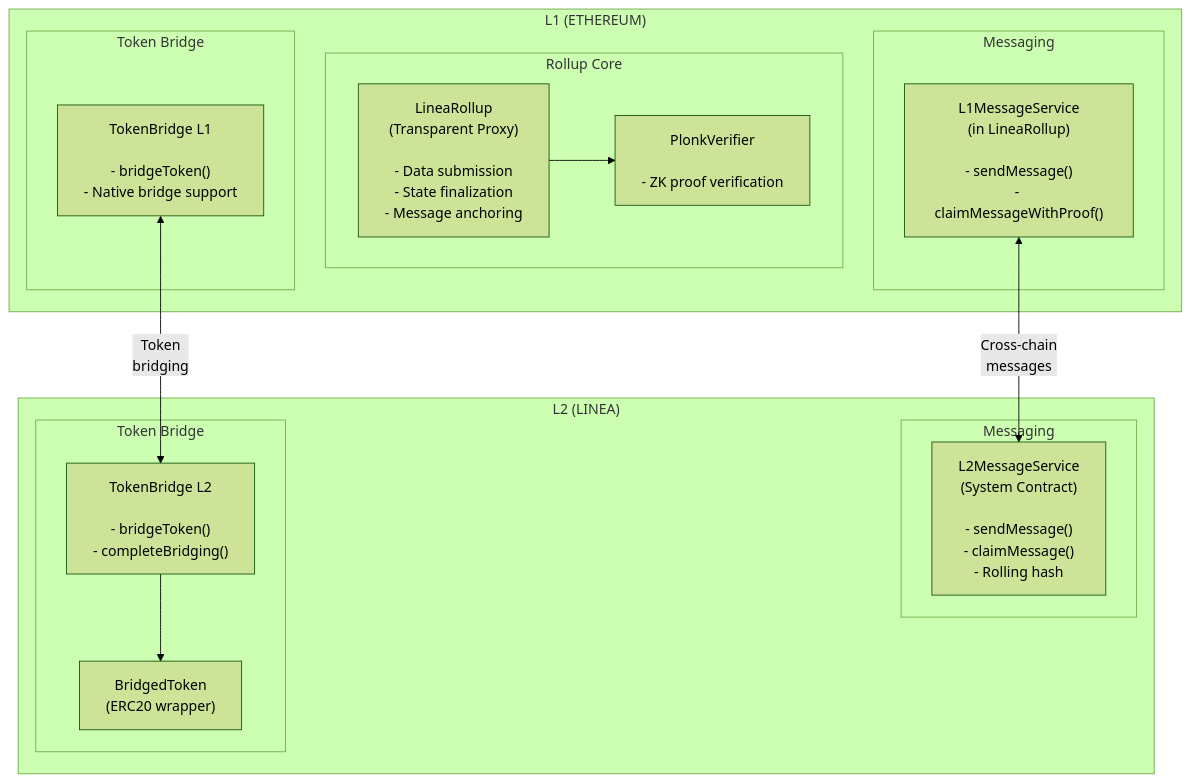
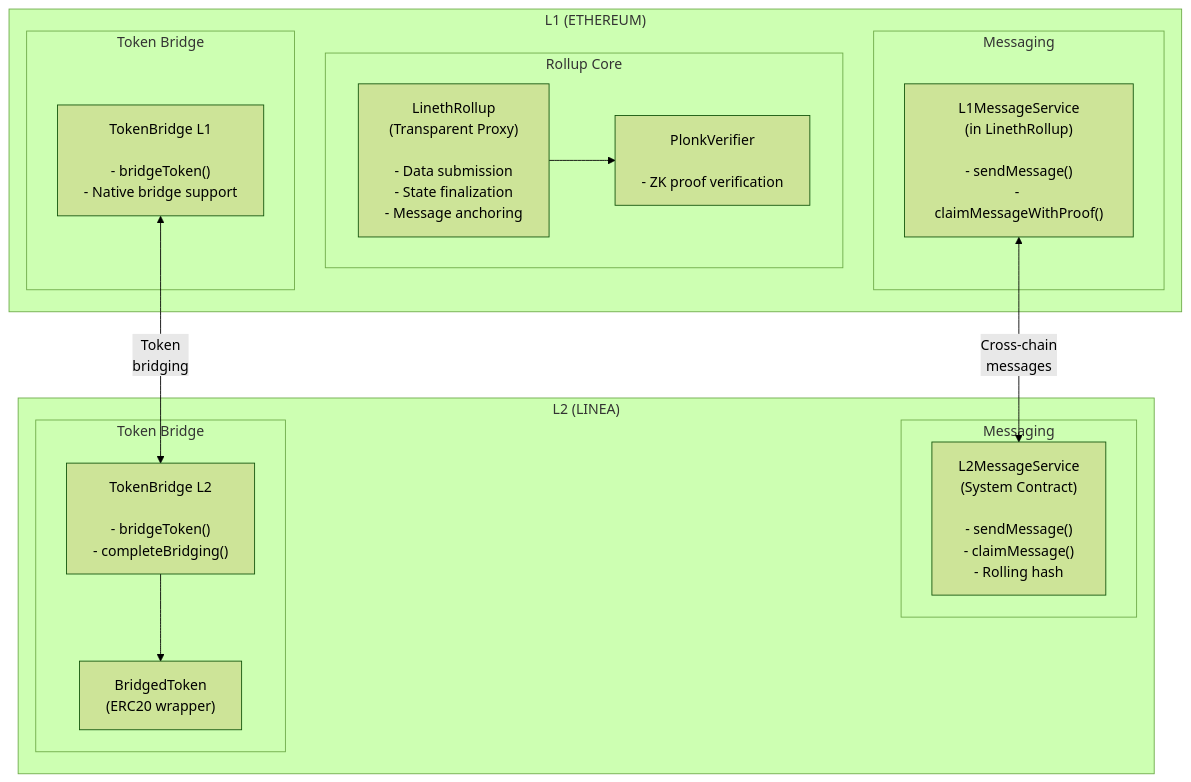
Before and after one commit to LFDT-Lineth/lineth-monorepo: the diagram in docs/tech/diagrams/contracts-architecture.mmd, drawn with Mermaid (forest theme). The commit also changed 248 other files, not shown here.

First line of the commit message:
chore(contracts): rename LineaRollup to LinethRollup

```diff
--- a/docs/tech/diagrams/contracts-architecture.mmd
+++ b/docs/tech/diagrams/contracts-architecture.mmd
@@ -1,34 +1,34 @@
 %% Smart Contracts Architecture
 flowchart TB
     subgraph L1["L1 (ETHEREUM)"]
         subgraph Rollup["Rollup Core"]
-            LineaRollup["LineaRollup<br/>(Transparent Proxy)<br/><br/>- Data submission<br/>- State finalization<br/>- Message anchoring"]
+            LinethRollup["LinethRollup<br/>(Transparent Proxy)<br/><br/>- Data submission<br/>- State finalization<br/>- Message anchoring"]
             PlonkVerifier["PlonkVerifier<br/><br/>- ZK proof verification"]
         end
 
         subgraph MessagingL1["Messaging"]
-            L1MessageService["L1MessageService<br/>(in LineaRollup)<br/><br/>- sendMessage()<br/>- claimMessageWithProof()"]
+            L1MessageService["L1MessageService<br/>(in LinethRollup)<br/><br/>- sendMessage()<br/>- claimMessageWithProof()"]
         end
 
         subgraph BridgeL1["Token Bridge"]
             TokenBridgeL1["TokenBridge L1<br/><br/>- bridgeToken()<br/>- Native bridge support"]
         end
 
-        LineaRollup --> PlonkVerifier
+        LinethRollup --> PlonkVerifier
     end
 
     subgraph L2["L2 (LINEA)"]
         subgraph MessagingL2["Messaging"]
             L2MessageService["L2MessageService<br/>(System Contract)<br/><br/>- sendMessage()<br/>- claimMessage()<br/>- Rolling hash"]
         end
 
         subgraph BridgeL2["Token Bridge"]
             TokenBridgeL2["TokenBridge L2<br/><br/>- bridgeToken()<br/>- completeBridging()"]
             BridgedToken["BridgedToken<br/>(ERC20 wrapper)"]
         end
 
         TokenBridgeL2 --> BridgedToken
     end
 
     L1MessageService <-->|"Cross-chain<br/>messages"| L2MessageService
     TokenBridgeL1 <-->|"Token<br/>bridging"| TokenBridgeL2
```
